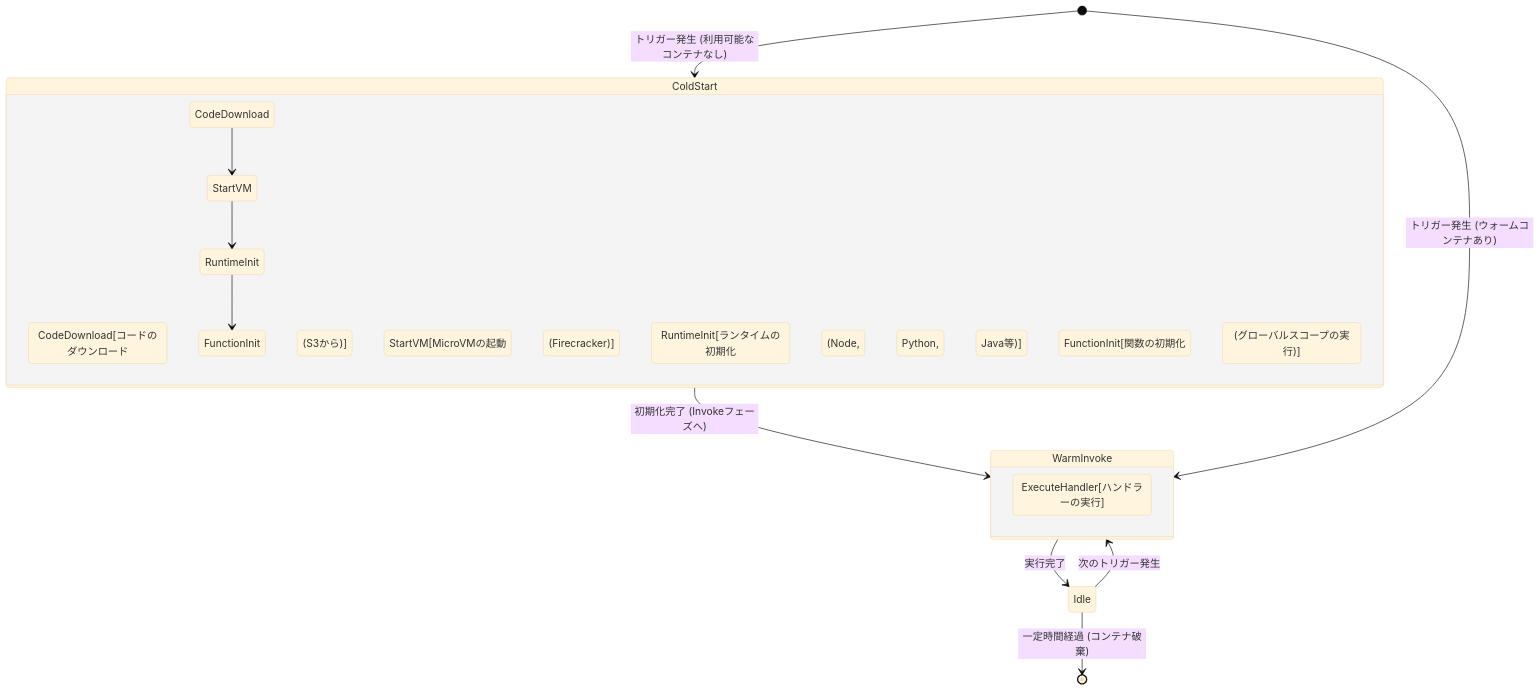
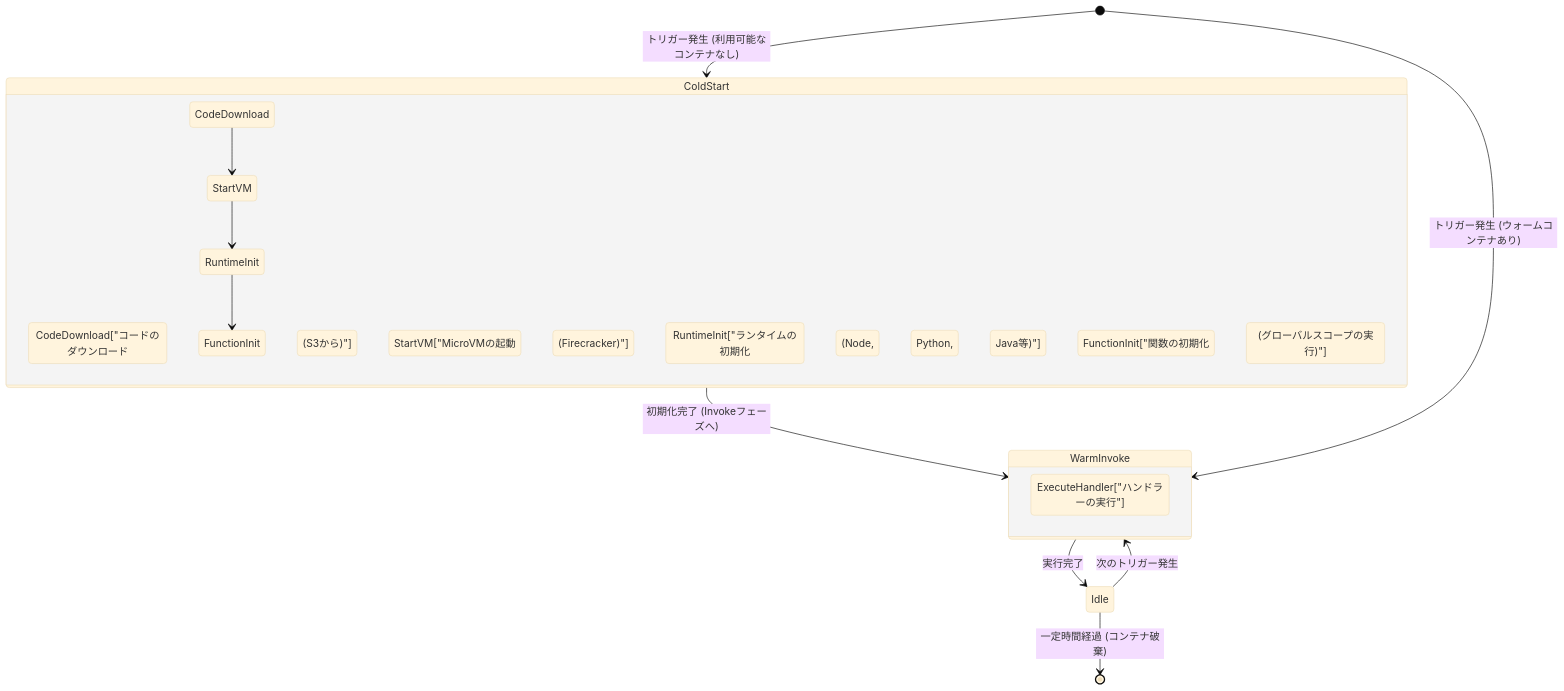
Before and after one commit to kenjinote/blog: the second of 3 diagrams in content/post/serverless-architecture-aws-lambda-cold-start/index.md, drawn with Mermaid (base theme). The commit also changed other lines of this file and 929 other files, not shown here.

Commit message:
fix: Add double quotes to all Mermaid node texts to resolve syntax errors

````diff
--- a/content/post/serverless-architecture-aws-lambda-cold-start/index.md
+++ b/content/post/serverless-architecture-aws-lambda-cold-start/index.md
@@ -115,25 +115,25 @@
 ```mermaid
 stateDiagram-v2
     [*] --> ColdStart : トリガー発生 (利用可能なコンテナなし)
     state ColdStart {
         direction TB
-        CodeDownload[コードのダウンロード (S3から)]
-        StartVM[MicroVMの起動 (Firecracker)]
-        RuntimeInit[ランタイムの初期化 (Node, Python, Java等)]
-        FunctionInit[関数の初期化 (グローバルスコープの実行)]
+        CodeDownload["コードのダウンロード (S3から)"]
+        StartVM["MicroVMの起動 (Firecracker)"]
+        RuntimeInit["ランタイムの初期化 (Node, Python, Java等)"]
+        FunctionInit["関数の初期化 (グローバルスコープの実行)"]
         
         CodeDownload --> StartVM
         StartVM --> RuntimeInit
         RuntimeInit --> FunctionInit
     }
     ColdStart --> WarmInvoke : 初期化完了 (Invokeフェーズへ)
     
     [*] --> WarmInvoke : トリガー発生 (ウォームコンテナあり)
     state WarmInvoke {
-        ExecuteHandler[ハンドラーの実行]
+        ExecuteHandler["ハンドラーの実行"]
     }
     
     WarmInvoke --> Idle : 実行完了
     Idle --> WarmInvoke : 次のトリガー発生
     Idle --> [*] : 一定時間経過 (コンテナ破棄)
 ```
````
